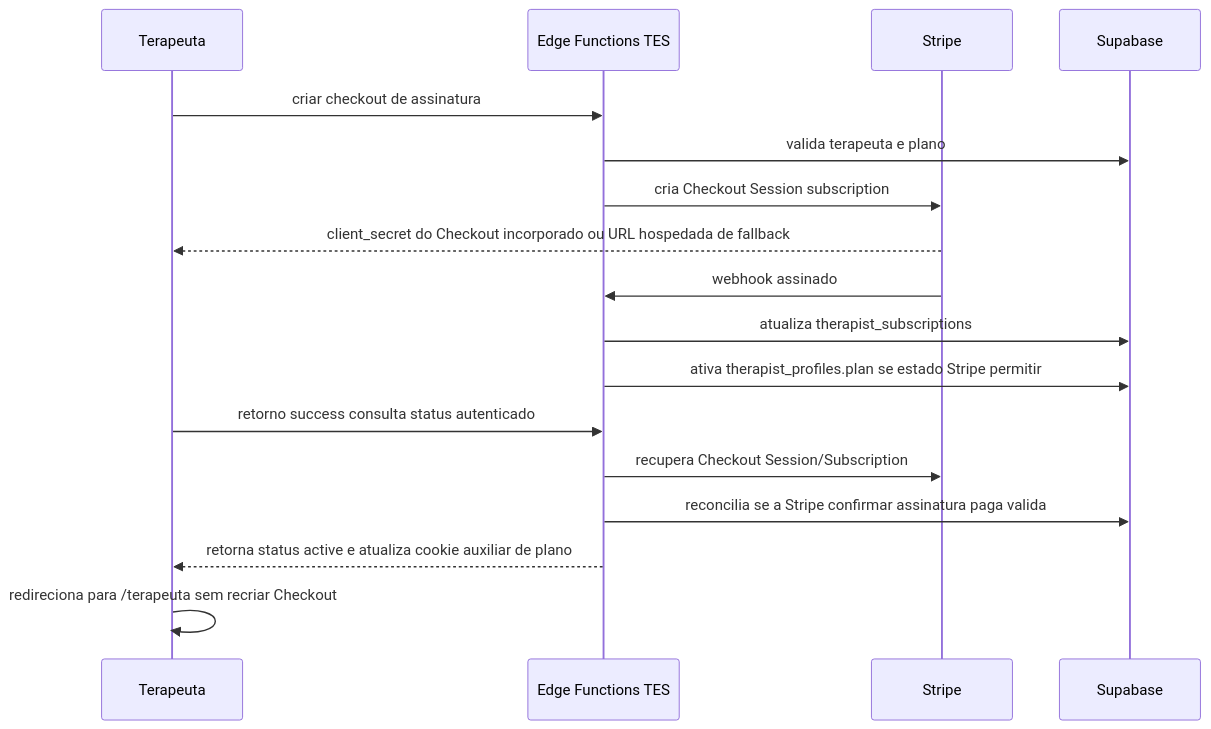
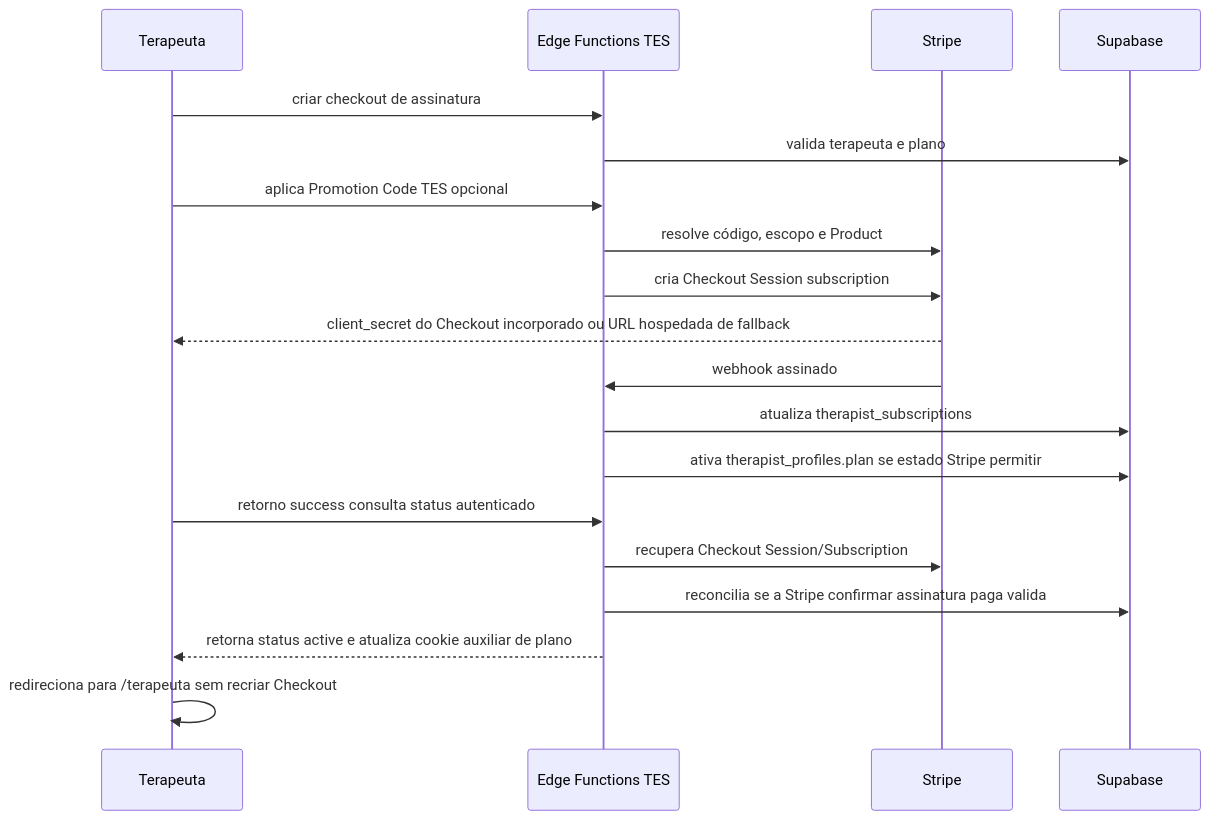
One commit to projetos-eba/terapeuta-eu-sou changed the first of 2 diagrams in docs/payments/architecture.md. Above: the diagram before and after it, drawn with Mermaid. The commit also changed other lines of this file and 29 other files, not shown here.

````diff
--- a/docs/payments/architecture.md
+++ b/docs/payments/architecture.md
@@ -156,20 +172,22 @@
 ```mermaid
 sequenceDiagram
   participant T as Terapeuta
   participant TES as Edge Functions TES
   participant S as Stripe
   participant DB as Supabase
 
   T->>TES: criar checkout de assinatura
   TES->>DB: valida terapeuta e plano
+  T->>TES: aplica Promotion Code TES opcional
+  TES->>S: resolve código, escopo e Product
   TES->>S: cria Checkout Session subscription
   S-->>T: client_secret do Checkout incorporado ou URL hospedada de fallback
   S->>TES: webhook assinado
   TES->>DB: atualiza therapist_subscriptions
   TES->>DB: ativa therapist_profiles.plan se estado Stripe permitir
   T->>TES: retorno success consulta status autenticado
   TES->>S: recupera Checkout Session/Subscription
   TES->>DB: reconcilia se a Stripe confirmar assinatura paga valida
   TES-->>T: retorna status active e atualiza cookie auxiliar de plano
   T->>T: redireciona para /terapeuta sem recriar Checkout
 ```
````
